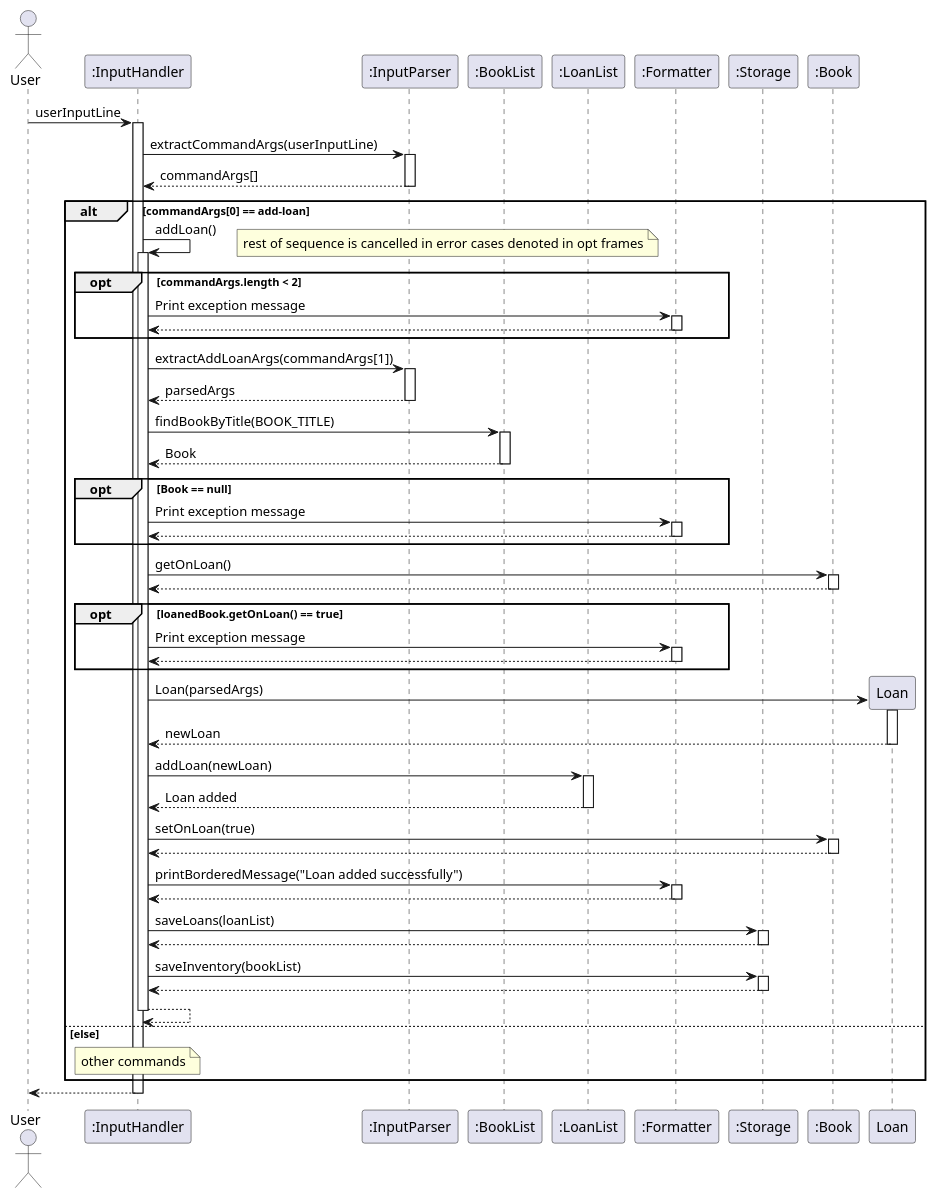
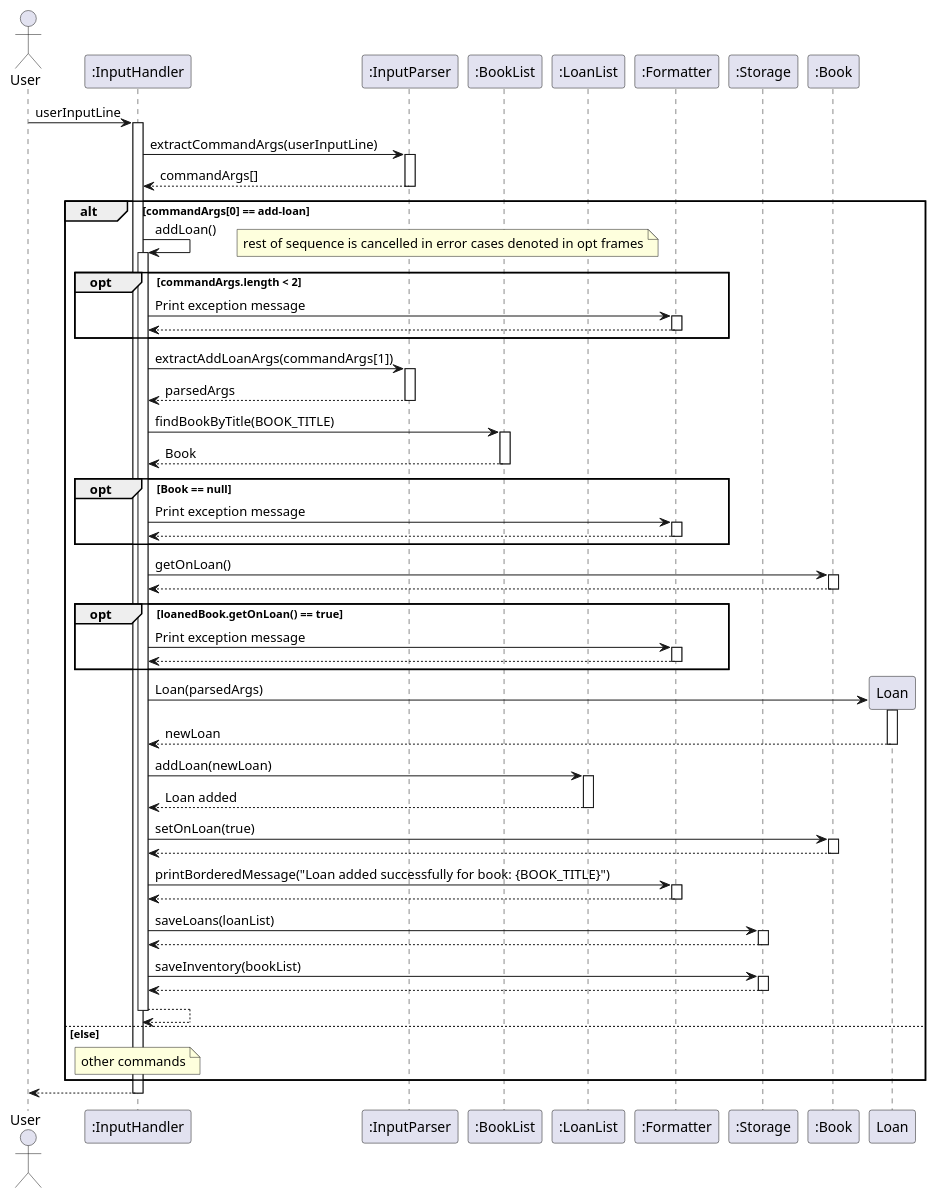
Before and after one commit to AY2425S2-CS2113-T12-2/tp: the diagram in docs/diagrams/addLoan.puml, drawn with PlantUML.

Commit message:
edit success message printing in sequence diagram for addLoan to reflect actual output

```diff
--- a/docs/diagrams/addLoan.puml
+++ b/docs/diagrams/addLoan.puml
@@ -1,111 +1,111 @@
 @startuml
 actor User
 participant InputHandler as ":InputHandler"
 participant InputParser as ":InputParser"
 participant BookList as ":BookList"
 participant LoanList as ":LoanList"
 participant Formatter as ":Formatter"
 participant Storage as ":Storage"
 participant Book as ":Book"
 
 User -> InputHandler: userInputLine
 activate InputHandler
 
 InputHandler -> InputParser: extractCommandArgs(userInputLine)
 activate InputParser
 
 InputParser --> InputHandler: commandArgs[]
 deactivate InputParser
 
 alt commandArgs[0] == add-loan
     InputHandler -> InputHandler : addLoan()
     activate InputHandler
 
 opt commandArgs.length < 2
     note right
     rest of sequence is cancelled in error cases denoted in opt frames
     end note
     InputHandler -> Formatter: Print exception message
     activate Formatter
     Formatter --> InputHandler
     deactivate Formatter
 end
     InputHandler -> InputParser: extractAddLoanArgs(commandArgs[1])
     activate InputParser
 
     InputParser --> InputHandler: parsedArgs
     deactivate InputParser
 
     InputHandler -> BookList: findBookByTitle(BOOK_TITLE)
     activate BookList
 
     BookList --> InputHandler: Book
     deactivate BookList
 
     opt Book == null
         InputHandler -> Formatter: Print exception message
         activate Formatter
 
         Formatter --> InputHandler
         deactivate Formatter
     end
         InputHandler -> Book: getOnLoan()
         activate Book
 
         Book --> InputHandler
         deactivate Book
 
         opt loanedBook.getOnLoan() == true
             InputHandler -> Formatter: Print exception message
             activate Formatter
 
             Formatter --> InputHandler
             deactivate Formatter
         end
 
         InputHandler -> Loan ** : Loan(parsedArgs)
         activate Loan
 
         Loan --> InputHandler : newLoan
         deactivate Loan
 
 
         InputHandler -> LoanList: addLoan(newLoan)
         activate LoanList
         LoanList --> InputHandler: Loan added
         deactivate LoanList
 
         InputHandler -> Book: setOnLoan(true)
         activate Book
 
         Book --> InputHandler
         deactivate Book
 
-        InputHandler -> Formatter: printBorderedMessage("Loan added successfully")
+        InputHandler -> Formatter: printBorderedMessage("Loan added successfully for book: {BOOK_TITLE}")
         activate Formatter
 
         Formatter --> InputHandler
         deactivate Formatter
 
         InputHandler -> Storage: saveLoans(loanList)
         activate Storage
 
         Storage --> InputHandler
         deactivate Storage
 
         InputHandler -> Storage: saveInventory(bookList)
         activate Storage
 
         Storage --> InputHandler
         deactivate Storage
 
 InputHandler --> InputHandler
 deactivate InputHandler
 
 else else
     note over InputHandler : other commands
 end
 
 InputHandler --> User
 deactivate InputHandler
 @enduml
```
